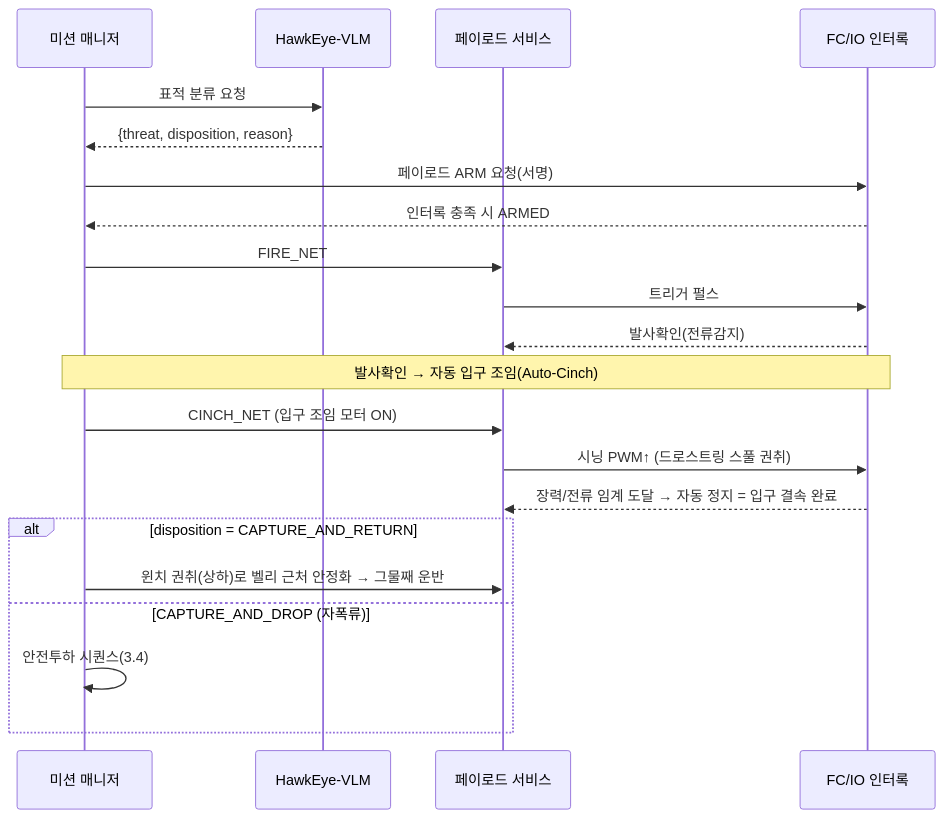
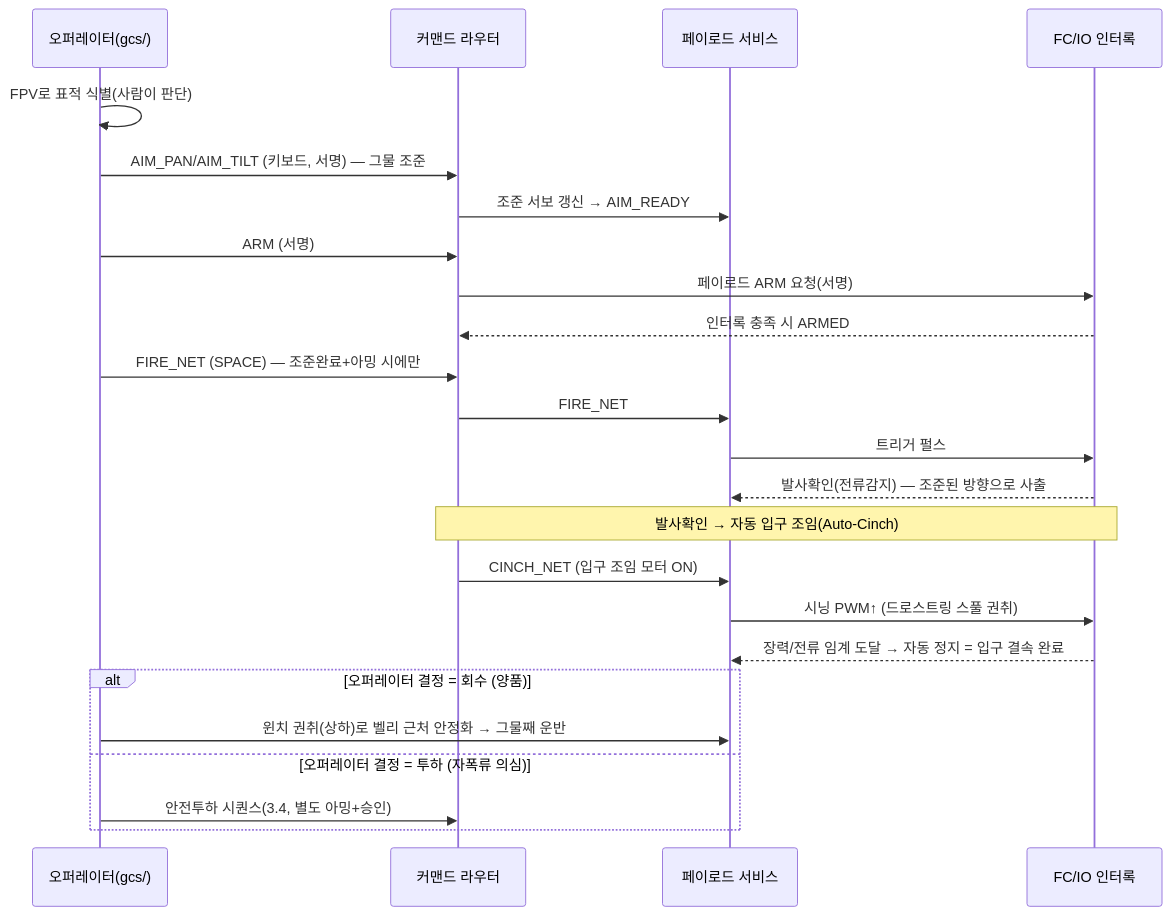
One commit to gkjuwon-tech/TaloNet changed the third of 4 diagrams in docs/07_소프트웨어_기획.md. Above: the diagram before and after it, drawn with Mermaid. The commit also changed other lines of this file and 14 other files, not shown here.

First line of the commit message:
gcs: manual teleop cockpit (keyboard FPV control); remove VLM from the loop

````diff
--- a/docs/07_소프트웨어_기획.md
+++ b/docs/07_소프트웨어_기획.md
@@ -83,23 +88,26 @@
 ```mermaid
 sequenceDiagram
-    participant MM as 미션 매니저
-    participant VLM as HawkEye-VLM
+    participant OP as 오퍼레이터(gcs/)
+    participant MM as 커맨드 라우터
     participant PS as 페이로드 서비스
     participant FC as FC/IO 인터록
-    MM->>VLM: 표적 분류 요청
-    VLM-->>MM: {threat, disposition, reason}
+    OP->>OP: FPV로 표적 식별(사람이 판단)
+    OP->>MM: AIM_PAN/AIM_TILT (키보드, 서명) — 그물 조준
+    MM->>PS: 조준 서보 갱신 → AIM_READY
+    OP->>MM: ARM (서명)
     MM->>FC: 페이로드 ARM 요청(서명)
     FC-->>MM: 인터록 충족 시 ARMED
+    OP->>MM: FIRE_NET (SPACE) — 조준완료+아밍 시에만
     MM->>PS: FIRE_NET
     PS->>FC: 트리거 펄스
-    FC-->>PS: 발사확인(전류감지)
+    FC-->>PS: 발사확인(전류감지) — 조준된 방향으로 사출
     Note over MM,FC: 발사확인 → 자동 입구 조임(Auto-Cinch)
     MM->>PS: CINCH_NET (입구 조임 모터 ON)
     PS->>FC: 시닝 PWM↑ (드로스트링 스풀 권취)
     FC-->>PS: 장력/전류 임계 도달 → 자동 정지 = 입구 결속 완료
-    alt disposition = CAPTURE_AND_RETURN
-        MM->>PS: 윈치 권취(상하)로 벨리 근처 안정화 → 그물째 운반
-    else CAPTURE_AND_DROP (자폭류)
-        MM->>MM: 안전투하 시퀀스(3.4)
+    alt 오퍼레이터 결정 = 회수 (양품)
+        OP->>PS: 윈치 권취(상하)로 벨리 근처 안정화 → 그물째 운반
+    else 오퍼레이터 결정 = 투하 (자폭류 의심)
+        OP->>MM: 안전투하 시퀀스(3.4, 별도 아밍+승인)
     end
 ```
````
